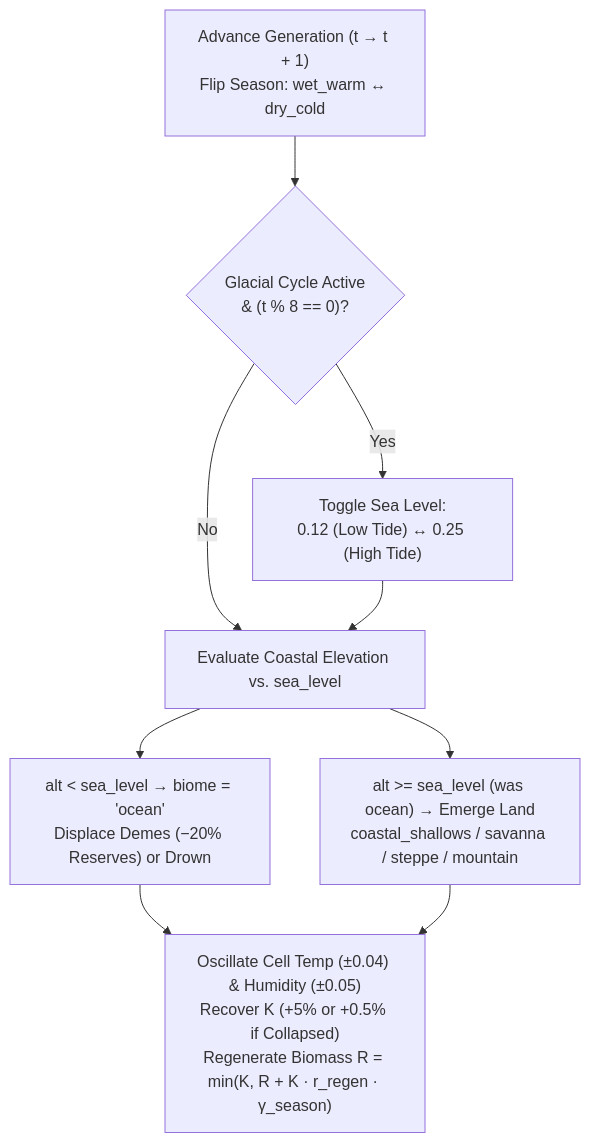
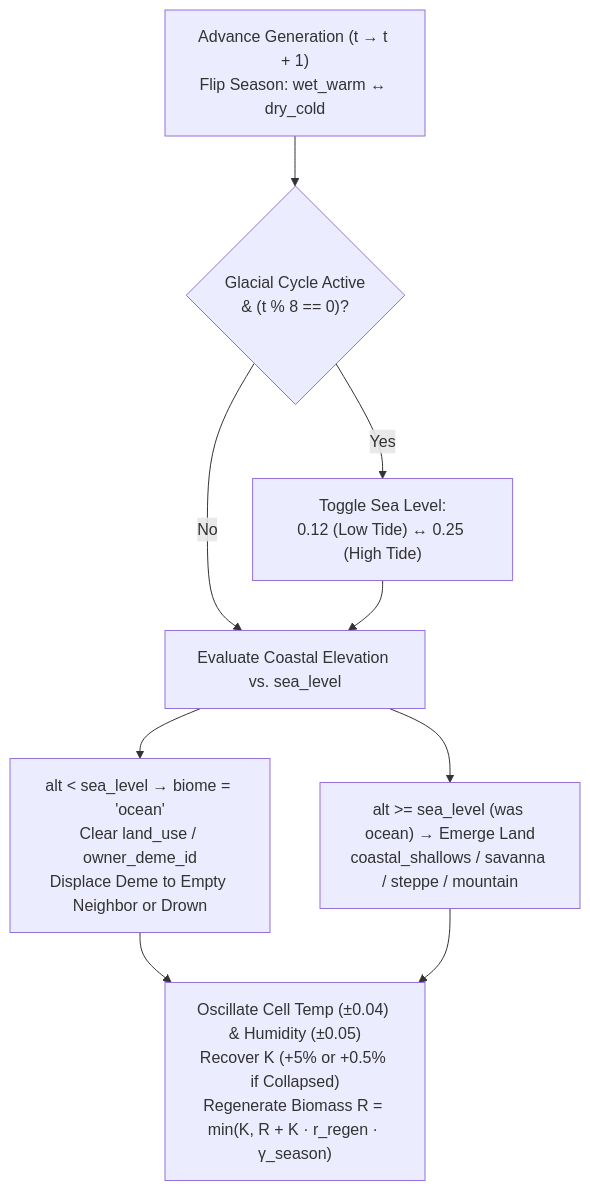
Before and after one commit to arrase/Evolution: the diagram in gh-pages/worlds_biomes.md, drawn with Mermaid. The commit also changed other lines of this file and 187 other files, not shown here.

````diff
--- a/gh-pages/worlds_biomes.md
+++ b/gh-pages/worlds_biomes.md
@@ -64,10 +62,10 @@
 ```mermaid
 flowchart TD
     Gen["Advance Generation (t → t + 1)\nFlip Season: wet_warm ↔ dry_cold"] --> Glacial{"Glacial Cycle Active\n& (t % 8 == 0)?"}
     Glacial -- "Yes" --> SeaToggle["Toggle Sea Level:\n0.12 (Low Tide) ↔ 0.25 (High Tide)"]
     Glacial -- "No" --> FloodCheck["Evaluate Coastal Elevation vs. sea_level"]
     SeaToggle --> FloodCheck
-    FloodCheck --> Submerge["alt < sea_level → biome = 'ocean'\nDisplace Demes (−20% Reserves) or Drown"]
+    FloodCheck --> Submerge["alt < sea_level → biome = 'ocean'\nClear land_use / owner_deme_id\nDisplace Deme to Empty Neighbor or Drown"]
     FloodCheck --> Emerge["alt >= sea_level (was ocean) → Emerge Land\ncoastal_shallows / savanna / steppe / mountain"]
     Submerge & Emerge --> Regen["Oscillate Cell Temp (±0.04) & Humidity (±0.05)\nRecover K (+5% or +0.5% if Collapsed)\nRegenerate Biomass R = min(K, R + K · r_regen · γ_season)"]
 ```
````
